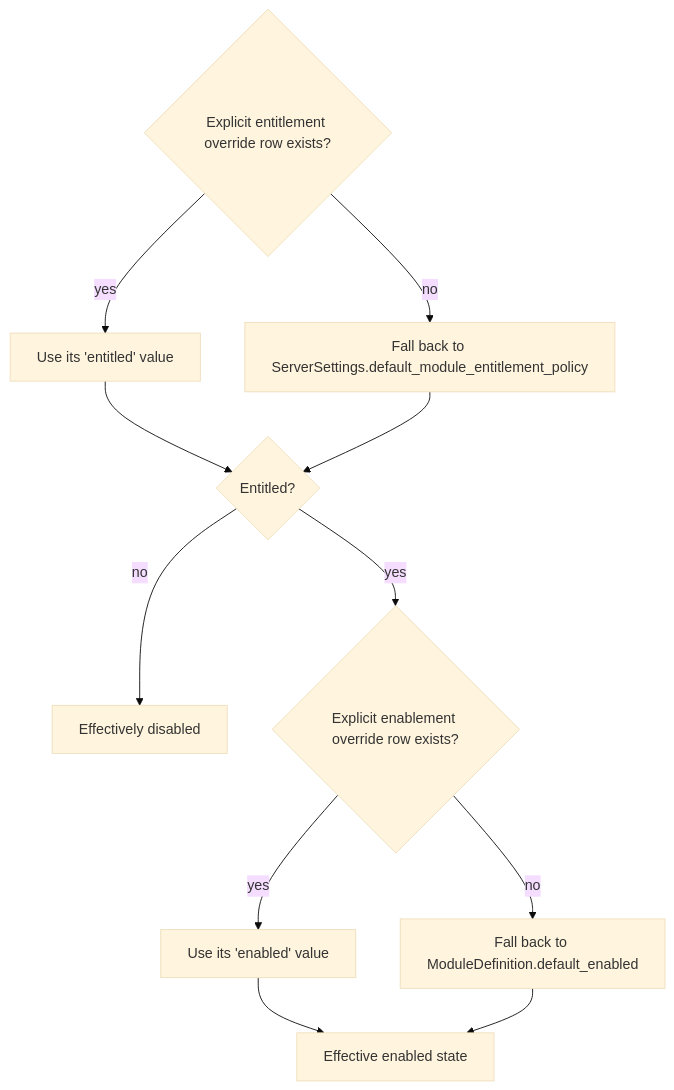
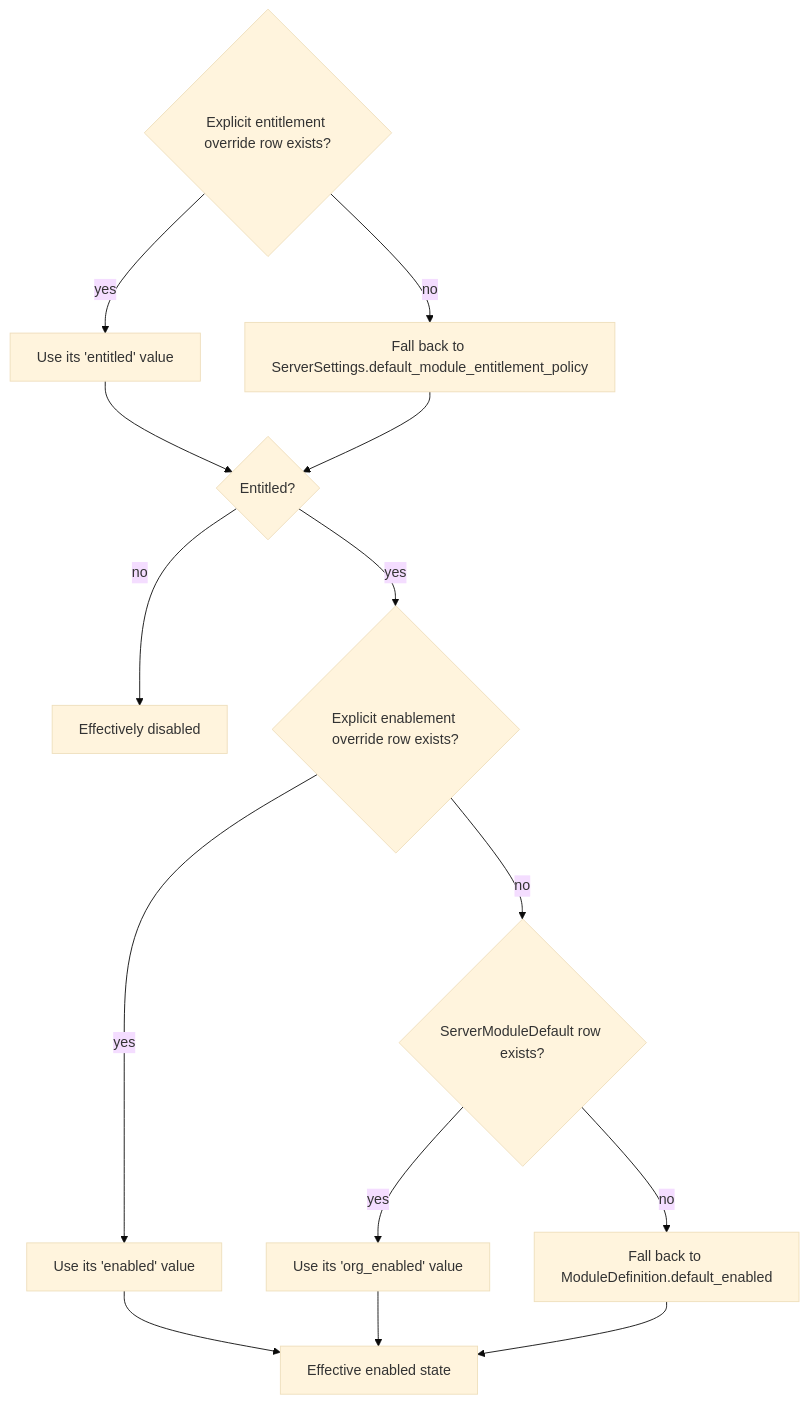
One commit to ballardr/reqtrackmanager changed the second of 16 diagrams in docs/modules.md. Above: the diagram before and after it, drawn with Mermaid (base theme). The commit also changed other lines of this file and 1364 other files, not shown here.

````diff
--- a/docs/modules.md
+++ b/docs/modules.md
@@ -137,14 +144,17 @@
 ```mermaid
 flowchart TD
     ENT{"Explicit entitlement override row exists?"}
     ENT -->|yes| ENTVAL["Use its 'entitled' value"]
     ENT -->|no| DEFPOLICY["Fall back to ServerSettings.default_module_entitlement_policy"]
     ENTVAL --> ISENTITLED{"Entitled?"}
     DEFPOLICY --> ISENTITLED
     ISENTITLED -->|no| DISABLED["Effectively disabled"]
     ISENTITLED -->|yes| ENAB{"Explicit enablement override row exists?"}
     ENAB -->|yes| ENABVAL["Use its 'enabled' value"]
-    ENAB -->|no| DEFENABLED["Fall back to ModuleDefinition.default_enabled"]
+    ENAB -->|no| SRVDEF{"ServerModuleDefault row exists?"}
+    SRVDEF -->|yes| SRVVAL["Use its 'org_enabled' value"]
+    SRVDEF -->|no| DEFENABLED["Fall back to ModuleDefinition.default_enabled"]
+    SRVVAL --> RESULT
     ENABVAL --> RESULT["Effective enabled state"]
     DEFENABLED --> RESULT
 ```
````
